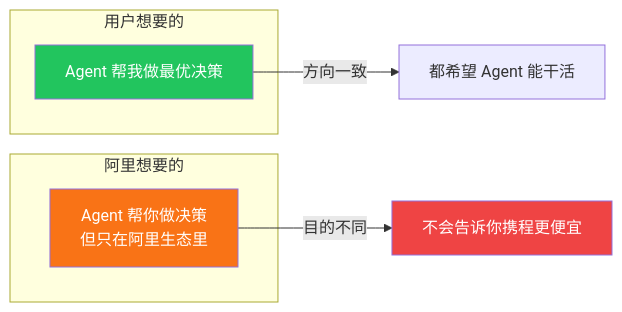
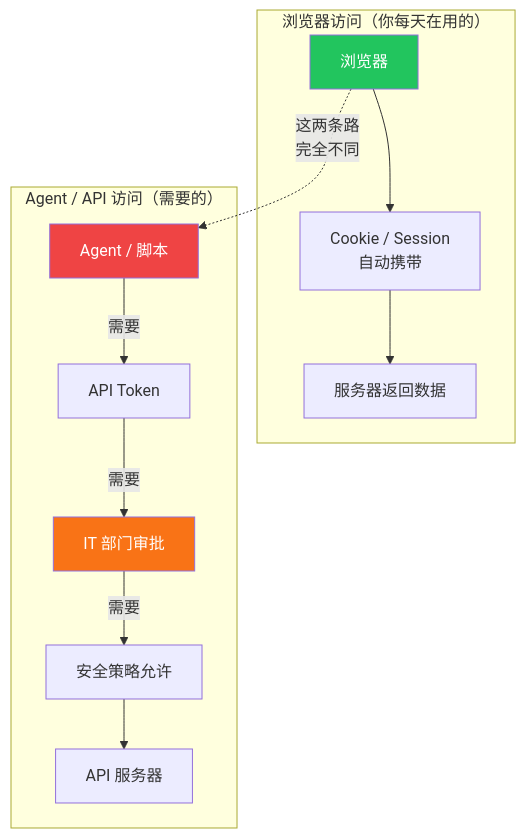
The fourth of 6 diagrams in content/zh/posts/agent-bottleneck-data-sovereignty.md (Trashwbin/quill), drawn with Mermaid before and after one commit. The commit also changed other lines of this file and 5 other files, not shown here.

````diff
--- a/content/zh/posts/agent-bottleneck-data-sovereignty.md
+++ b/content/zh/posts/agent-bottleneck-data-sovereignty.md
@@ -191,17 +104,22 @@
 ```mermaid
-graph LR
-    subgraph "用户想要的"
-        U["Agent 帮我做最优决策"]
+graph TB
+    subgraph "浏览器访问（你每天在用的）"
+        Browser["浏览器"]
+        Browser --> Cookie["Cookie / Session<br/>自动携带"]
+        Cookie --> Server["服务器返回数据"]
     end
     
-    subgraph "阿里想要的"
-        A["Agent 帮你做决策<br/>但只在阿里生态里"]
+    subgraph "Agent / API 访问（需要的）"
+        Agent["Agent / 脚本"]
+        Agent -->|"需要"| Token["API Token"]
+        Token -->|"需要"| IT["IT 部门审批"]
+        IT -->|"需要"| Policy["安全策略允许"]
+        Policy --> API["API 服务器"]
     end
     
-    U -->|"方向一致"| Common["都希望 Agent 能干活"]
-    A -->|"目的不同"| Hidden["不会告诉你携程更便宜"]
+    Browser -.->|"这两条路<br/>完全不同"| Agent
     
-    style U fill:#22c55e,color:#fff
-    style A fill:#f97316,color:#fff
-    style Hidden fill:#ef4444,color:#fff
+    style Browser fill:#22c55e,color:#fff
+    style Agent fill:#ef4444,color:#fff
+    style IT fill:#f97316,color:#fff
 ```
````
